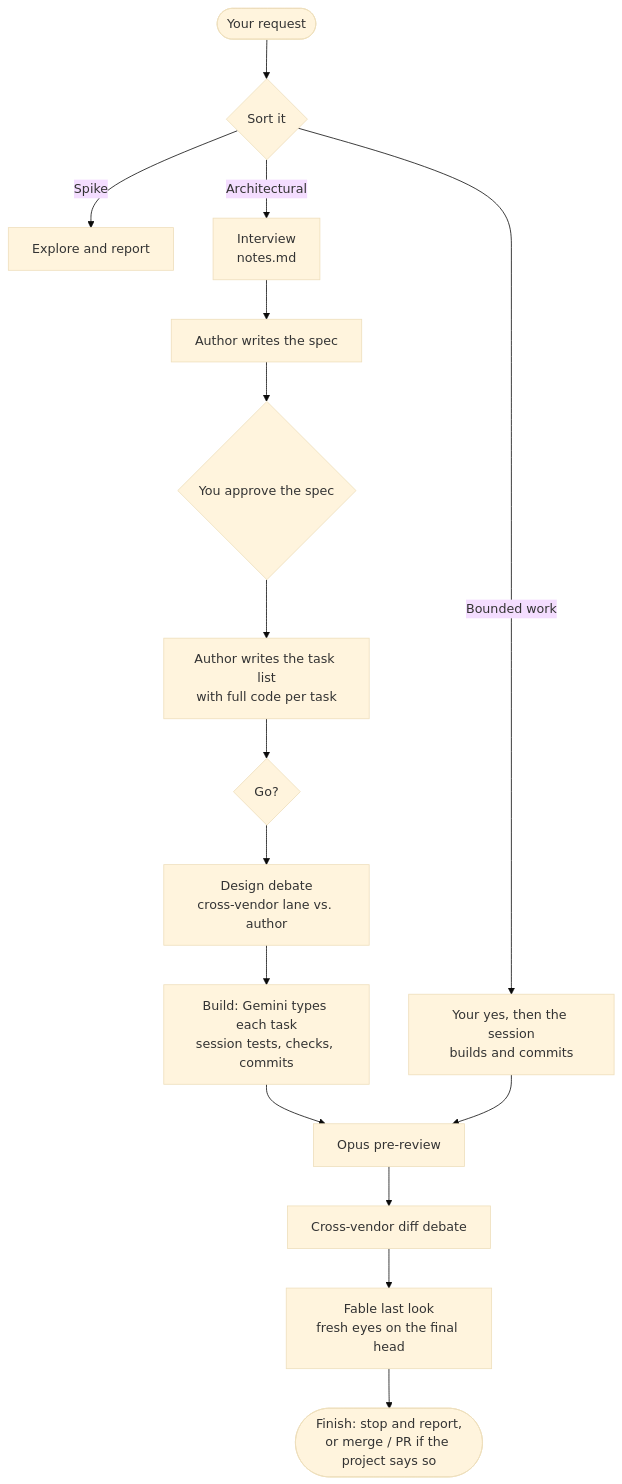
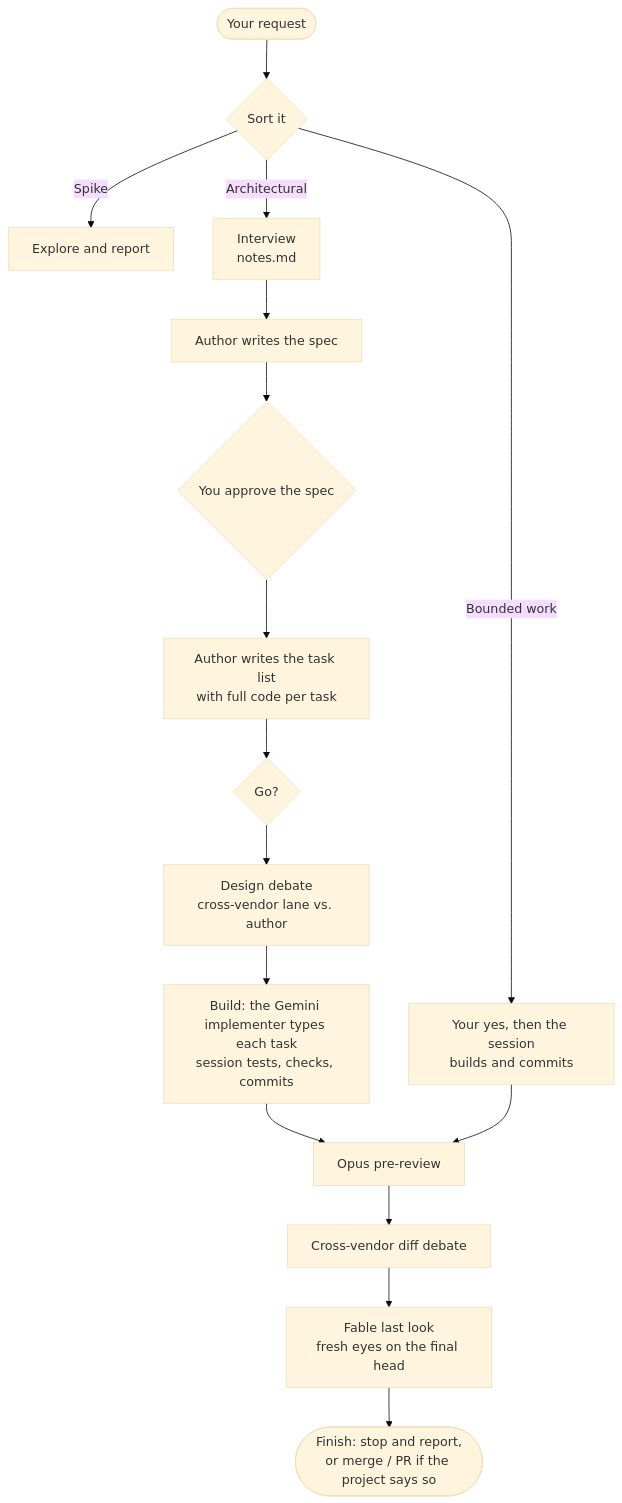
One commit to Bmwascher/parsec changed the diagram in README.md. Above: the diagram before and after it, drawn with Mermaid (base theme). The commit also changed other lines of this file and 14 other files, not shown here.

First line of the commit message:
Name the Gemini lane the implementer and the Opus agent backup-implementer, bump to 0.1.6

````diff
--- a/README.md
+++ b/README.md
@@ -73,20 +73,20 @@
 ```mermaid
 flowchart TD
     R([Your request]) --> C{Sort it}
     C -->|Spike| SP[Explore and report]
     C -->|Bounded work| BW[Your yes, then the session<br/>builds and commits]
     C -->|Architectural| I[Interview<br/>notes.md]
 
     I --> S[Author writes the spec]
     S --> A{You approve the spec}
     A --> T[Author writes the task list<br/>with full code per task]
     T --> G{Go?}
     G --> DD[Design debate<br/>cross-vendor lane vs. author]
-    DD --> B[Build: Gemini types each task<br/>session tests, checks, commits]
+    DD --> B[Build: the Gemini implementer types each task<br/>session tests, checks, commits]
 
     B --> P[Opus pre-review]
     BW --> P
     P --> X[Cross-vendor diff debate]
     X --> L[Fable last look<br/>fresh eyes on the final head]
     L --> F([Finish: stop and report,<br/>or merge / PR if the project says so])
 ```
````
